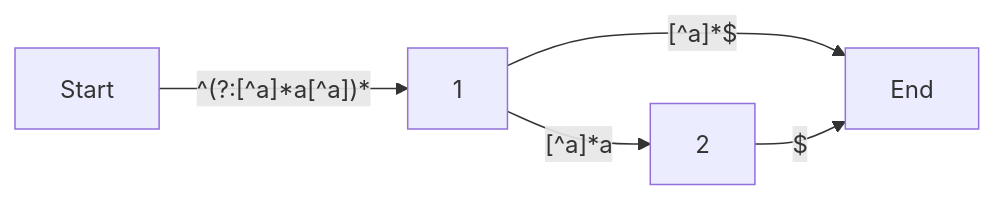
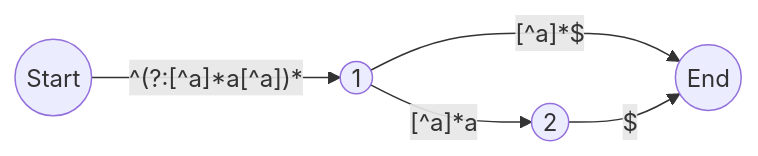
The ninth of 11 diagrams in regexp/20220102.md (tdzl2003/leetcode_live), drawn with Mermaid before and after one commit. The commit also changed other lines of this file, not shown here.

Commit message:
DFA用圆形图示

````diff
--- a/regexp/20220102.md
+++ b/regexp/20220102.md
@@ -71,7 +101,11 @@
 ```mermaid
 graph LR
-  Start -- "^(?:[^a]*a[^a])*" --> 1
-  1 -- "[^a]*a" --> 2
-  1 -- "[^a]*$" --> End
-  2 -- $ --> End
+    Start((Start))
+    1((1))
+    2((2))
+    End((End))
+    Start -- "^(?:[^a]*a[^a])*" --> 1
+    1 -- "[^a]*a" --> 2
+    1 -- "[^a]*$" --> End
+    2 -- $ --> End
 ```
````
